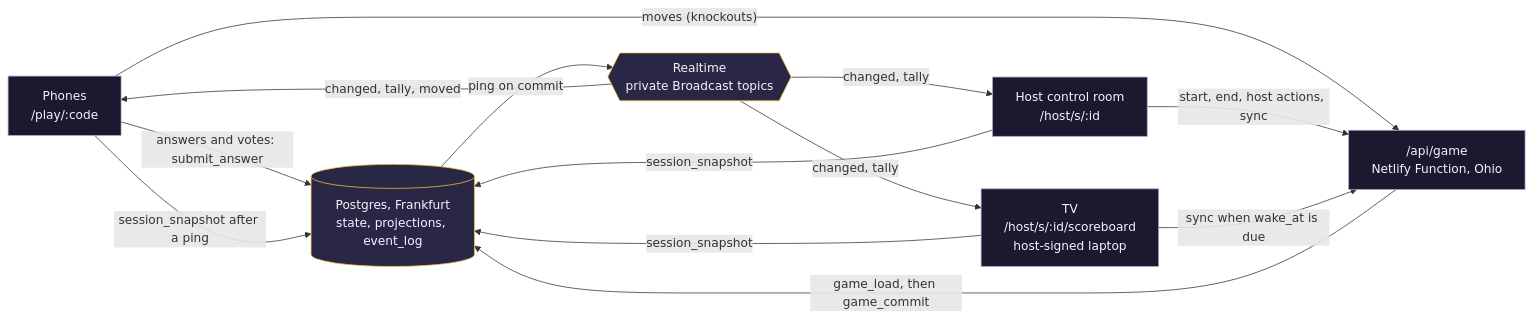
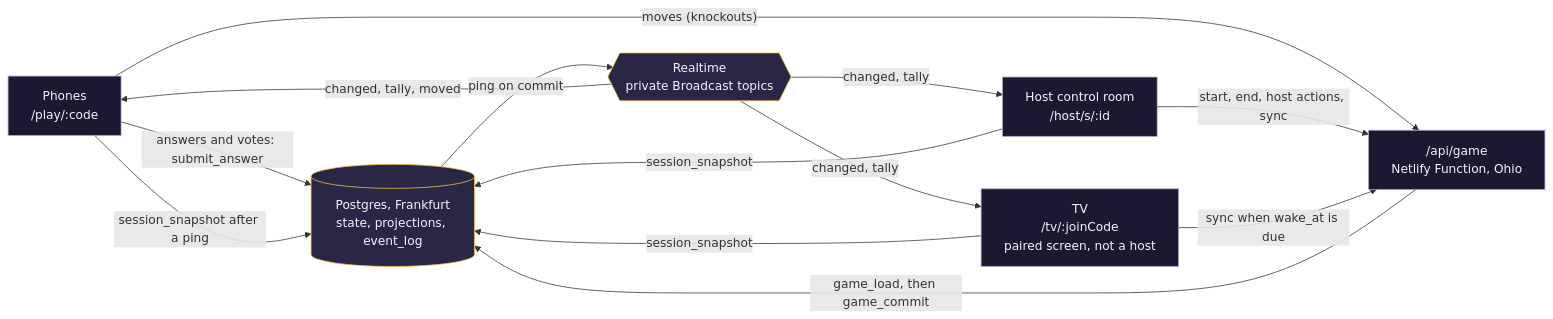
One commit to NicolaiLassen/hurra changed the diagram in docs/engine-v2.md. Above: the diagram before and after it, drawn with Mermaid. The commit also changed other lines of this file and 1 other file, not shown here.

````diff
--- a/docs/engine-v2.md
+++ b/docs/engine-v2.md
@@ -94,23 +99,23 @@
 ```mermaid
 flowchart LR
   classDef box fill:#1b1830,stroke:#a9a3c7,color:#f5f3ff
   classDef db fill:#2a2645,stroke:#f5c542,color:#f5f3ff
   P["Phones<br/>/play/:code"]:::box
-  T["TV<br/>/host/s/:id/scoreboard<br/>host-signed laptop"]:::box
+  T["TV<br/>/tv/:joinCode<br/>paired screen, not a host"]:::box
   H["Host control room<br/>/host/s/:id"]:::box
   E["/api/game<br/>Netlify Function, Ohio"]:::box
   DB[("Postgres, Frankfurt<br/>state, projections, event_log")]:::db
   RT{{"Realtime<br/>private Broadcast topics"}}:::db
   P -- "answers and votes: submit_answer" --> DB
   P -- "moves (knockouts)" --> E
   H -- "start, end, host actions, sync" --> E
   T -- "sync when wake_at is due" --> E
   E -- "game_load, then game_commit" --> DB
   DB -- "ping on commit" --> RT
   RT -- "changed, tally, moved" --> P
   RT -- "changed, tally" --> T
   RT -- "changed, tally" --> H
   P -- "session_snapshot after a ping" --> DB
   T -- "session_snapshot" --> DB
   H -- "session_snapshot" --> DB
 ```
````
